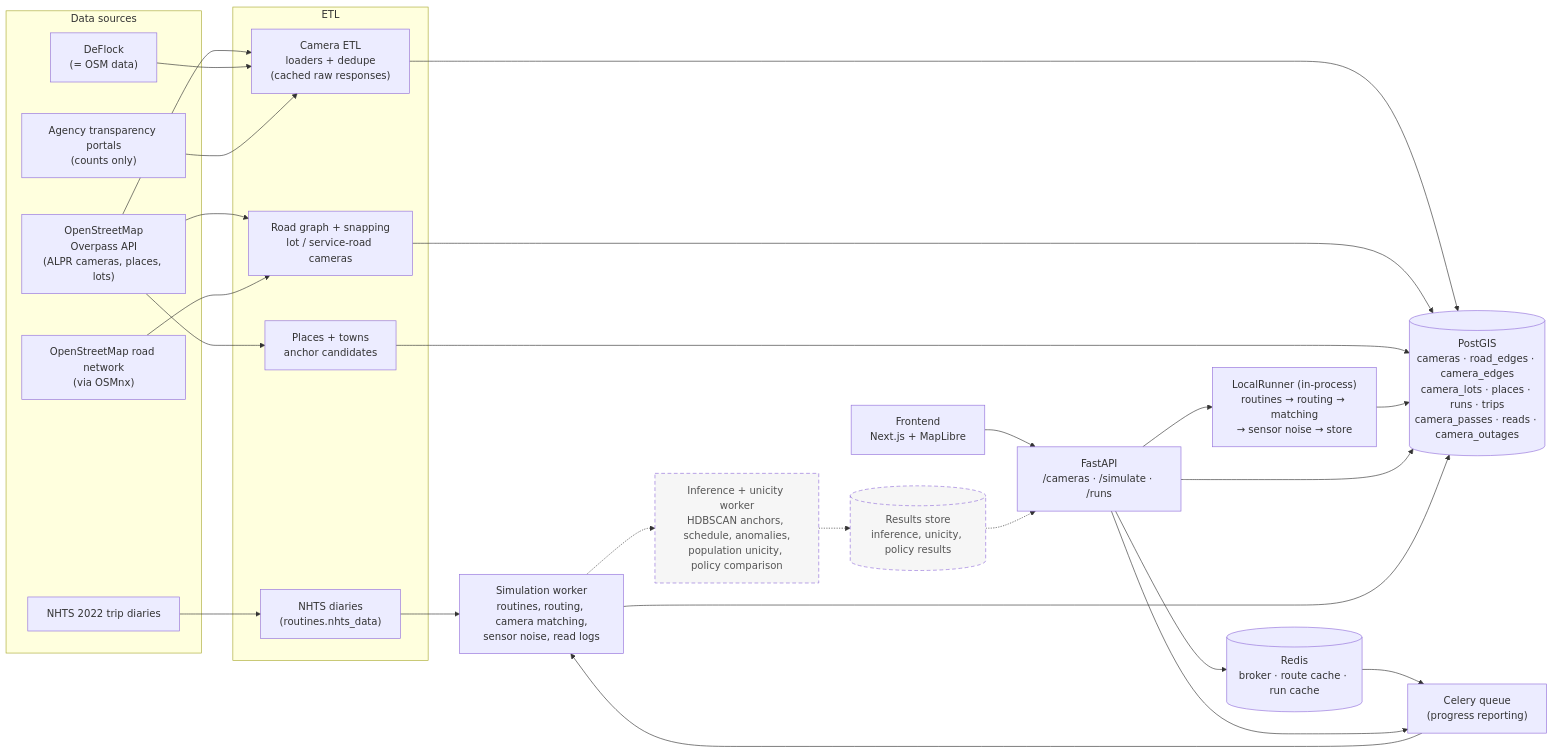
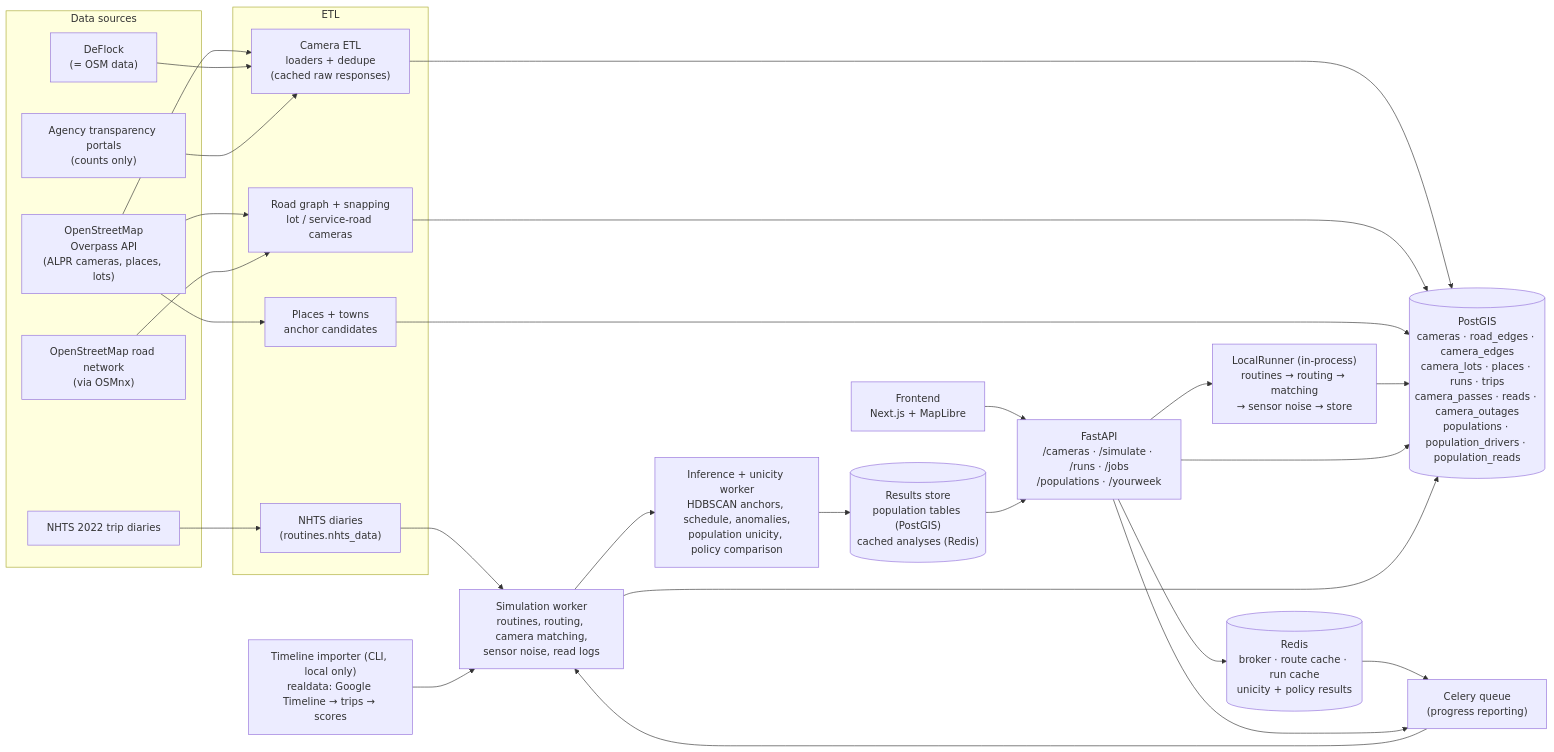
One commit to RyanPurakal/plate-trail changed the diagram in docs/architecture.md. Above: the diagram before and after it, drawn with Mermaid. The commit also changed other lines of this file and 9 other files, not shown here.

````diff
--- a/docs/architecture.md
+++ b/docs/architecture.md
@@ -7,59 +7,59 @@
 ```mermaid
 flowchart LR
     %% ---------- sources ----------
     subgraph sources["Data sources"]
         OSM["OpenStreetMap<br/>Overpass API<br/>(ALPR cameras, places, lots)"]
         OSMNX["OpenStreetMap road network<br/>(via OSMnx)"]
         DEFLOCK["DeFlock<br/>(= OSM data)"]
         AGENCY["Agency transparency portals<br/>(counts only)"]
         NHTS["NHTS 2022 trip diaries"]
     end
 
     %% ---------- ETL ----------
     subgraph etl["ETL"]
         CAMETL["Camera ETL<br/>loaders + dedupe<br/>(cached raw responses)"]
         ROADS["Road graph + snapping<br/>lot / service-road cameras"]
         PLACES["Places + towns<br/>anchor candidates"]
         NHTSETL["NHTS diaries<br/>(routines.nhts_data)"]
     end
 
-    DB[("PostGIS<br/>cameras · road_edges · camera_edges<br/>camera_lots · places · runs · trips<br/>camera_passes · reads · camera_outages")]
+    DB[("PostGIS<br/>cameras · road_edges · camera_edges<br/>camera_lots · places · runs · trips<br/>camera_passes · reads · camera_outages<br/>populations · population_drivers · population_reads")]
 
     %% ---------- app ----------
     FE["Frontend<br/>Next.js + MapLibre"]
-    API["FastAPI<br/>/cameras · /simulate · /runs"]
+    API["FastAPI<br/>/cameras · /simulate · /runs · /jobs<br/>/populations · /yourweek"]
     LOCAL["LocalRunner (in-process)<br/>routines → routing → matching<br/>→ sensor noise → store"]
-    REDIS[("Redis<br/>broker · route cache · run cache")]
+    REDIS[("Redis<br/>broker · route cache · run cache<br/>unicity + policy results")]
     QUEUE["Celery queue<br/>(progress reporting)"]
     SIMW["Simulation worker<br/>routines, routing, camera matching,<br/>sensor noise, read logs"]
-    INFW["Inference + unicity worker<br/>HDBSCAN anchors, schedule, anomalies,<br/>population unicity, policy comparison"]:::planned
-    RESULTS[("Results store<br/>inference, unicity, policy results")]:::planned
+    INFW["Inference + unicity worker<br/>HDBSCAN anchors, schedule, anomalies,<br/>population unicity, policy comparison"]
+    RESULTS[("Results store<br/>population tables (PostGIS)<br/>cached analyses (Redis)")]
+    TIMELINE["Timeline importer (CLI, local only)<br/>realdata: Google Timeline → trips → scores"]
 
     OSM --> CAMETL
     OSM --> PLACES
     OSM --> ROADS
     OSMNX --> ROADS
     DEFLOCK --> CAMETL
     AGENCY --> CAMETL
     NHTS --> NHTSETL
     CAMETL --> DB
     ROADS --> DB
     PLACES --> DB
     NHTSETL --> SIMW
 
     FE --> API
     API --> LOCAL
     LOCAL --> DB
     API --> DB
 
     API --> REDIS
     REDIS --> QUEUE
     API --> QUEUE
     QUEUE --> SIMW
-    SIMW -.-> INFW
+    SIMW --> INFW
     SIMW --> DB
-    INFW -.-> RESULTS
-    RESULTS -.-> API
-
-    classDef planned stroke-dasharray: 6 4,fill:#f6f6f6,color:#555;
+    INFW --> RESULTS
+    RESULTS --> API
+    TIMELINE --> SIMW
 ```
````
